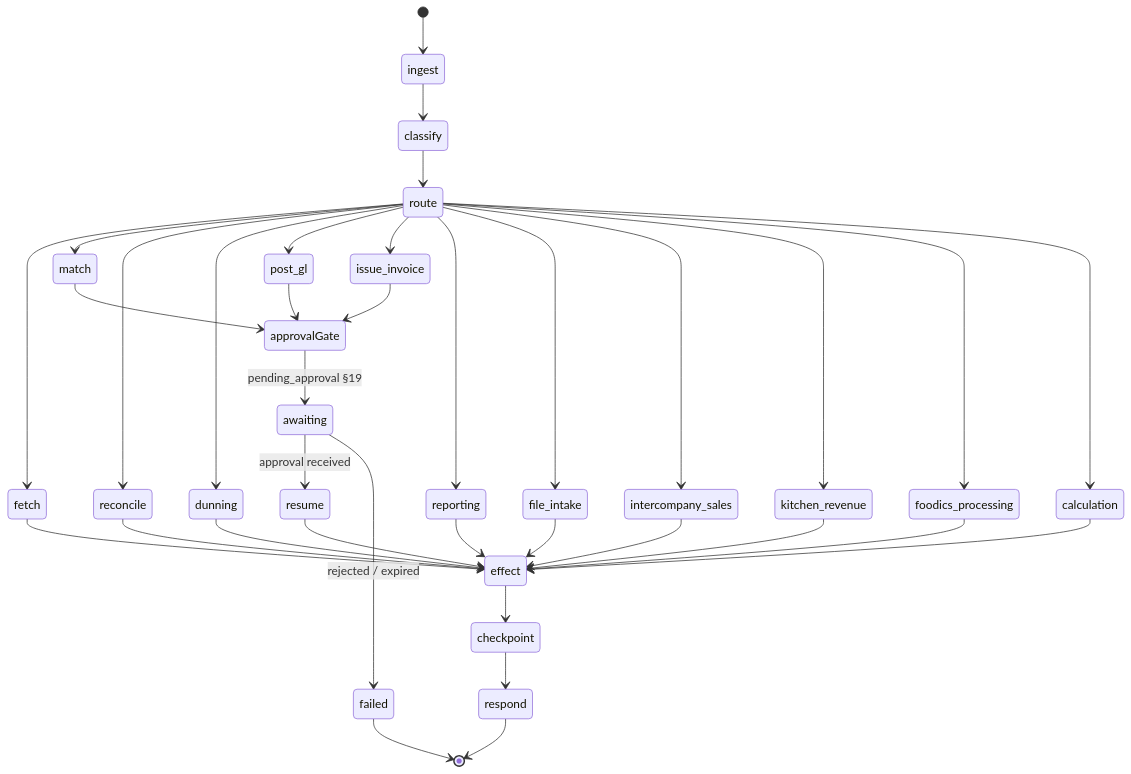
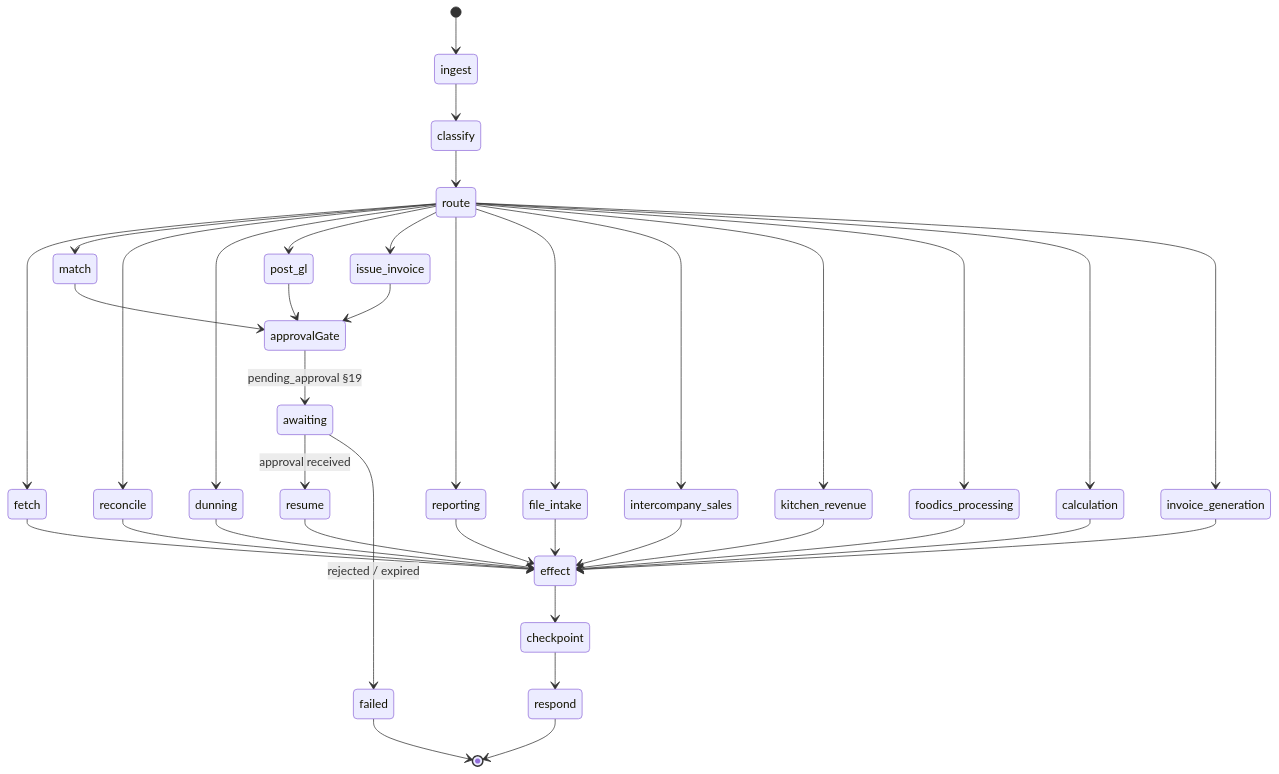
Before and after one commit to ugenkudupudiqbnox/ai-platform: the third of 10 diagrams in docs/cosmic-ar-architecture.md, drawn with Mermaid. The commit also changed other lines of this file and 18 other files, not shown here.

````diff
--- a/docs/cosmic-ar-architecture.md
+++ b/docs/cosmic-ar-architecture.md
@@ -214,38 +238,40 @@
 ```mermaid
 stateDiagram-v2
   [*] --> ingest
   ingest --> classify
   classify --> route
   route --> fetch
   route --> match
   route --> reconcile
   route --> dunning
   route --> post_gl
   route --> issue_invoice
   route --> reporting
   route --> file_intake
   route --> intercompany_sales
   route --> kitchen_revenue
   route --> foodics_processing
   route --> calculation
+  route --> invoice_generation
   match --> approvalGate
   post_gl --> approvalGate
   issue_invoice --> approvalGate
   approvalGate --> awaiting: pending_approval §19
   awaiting --> resume: approval received
   resume --> effect
   fetch --> effect
   file_intake --> effect
   intercompany_sales --> effect
   kitchen_revenue --> effect
   foodics_processing --> effect
   calculation --> effect
+  invoice_generation --> effect
   reconcile --> effect
   dunning --> effect
   reporting --> effect
   effect --> checkpoint
   checkpoint --> respond
   respond --> [*]
   awaiting --> failed: rejected / expired
   failed --> [*]
 ```
````
